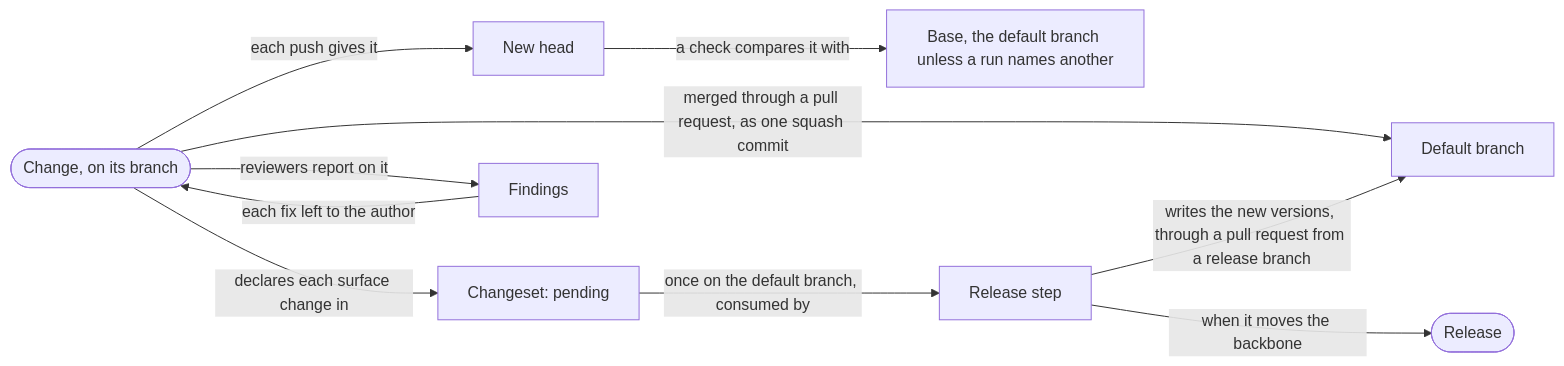
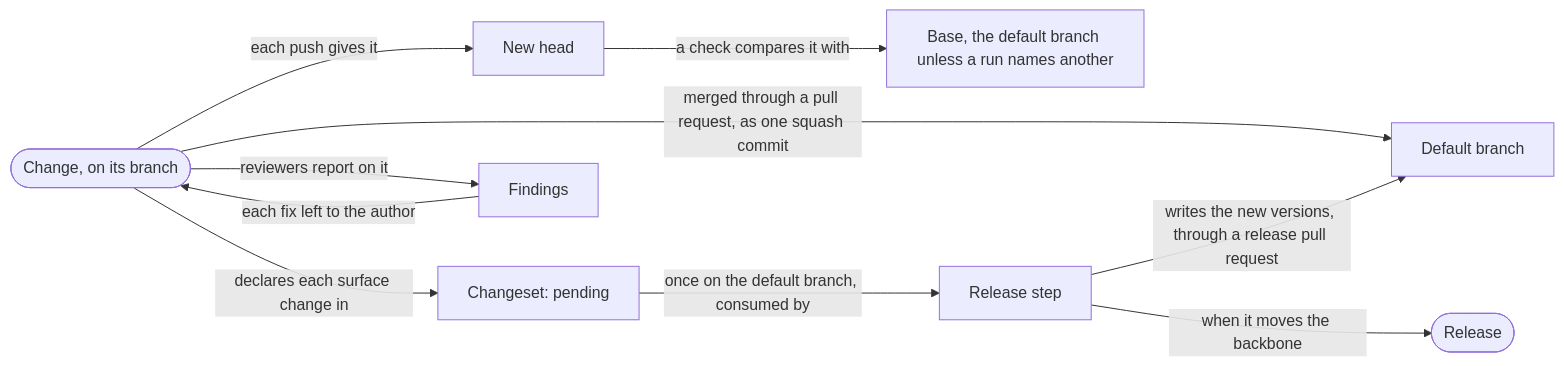
One commit to aleskalfas/project-kit changed the second of 2 diagrams in tech-docs/analysis/core/domain-model/060-changes-review-and-releases.md. Above: the diagram before and after it, drawn with Mermaid. The commit also changed other lines of this file and 7 other files, not shown here.

````diff
--- a/tech-docs/analysis/core/domain-model/060-changes-review-and-releases.md
+++ b/tech-docs/analysis/core/domain-model/060-changes-review-and-releases.md
@@ -90,14 +129,14 @@
 ```mermaid
 flowchart LR
   accTitle: How a change lands, and a release follows
-  accDescr: A change declares each surface change it makes in a changeset, which is pending from then on. Each push gives the change a new head, and a check compares that head with its base, the default branch unless a run names another. Reviewers report findings on the change, and leave each fix to its author. Merged through a pull request, the change lands on the default branch as one squash commit. The release step consumes every pending changeset there, and its writes land on the default branch through a pull request from a release branch. When it moves the backbone, it makes a release.
+  accDescr: A change declares each surface change it makes in a changeset, which is pending from then on. Each push gives the change a new head, and a check compares that head with its base, the default branch unless a run names another. Reviewers report findings on the change, and leave each fix to its author. Merged through a pull request, the change lands on the default branch as one squash commit. The release step consumes every pending changeset there, and its writes land on the default branch through a release pull request. When it moves the backbone, it makes a release.
   C([Change, on its branch]) -->|declares each surface change in| CS[Changeset: pending]
   C -->|each push gives it| H[New head]
   H -->|a check compares it with| B["Base, the default branch unless a run names another"]
   C -->|reviewers report on it| F[Findings]
   F -->|each fix left to the author| C
   C -->|merged through a pull request, as one squash commit| D[Default branch]
   CS -->|once on the default branch, consumed by| RS[Release step]
-  RS -->|writes the new versions, through a pull request from a release branch| D
+  RS -->|writes the new versions, through a release pull request| D
   RS -->|when it moves the backbone| RL([Release])
 ```
````
